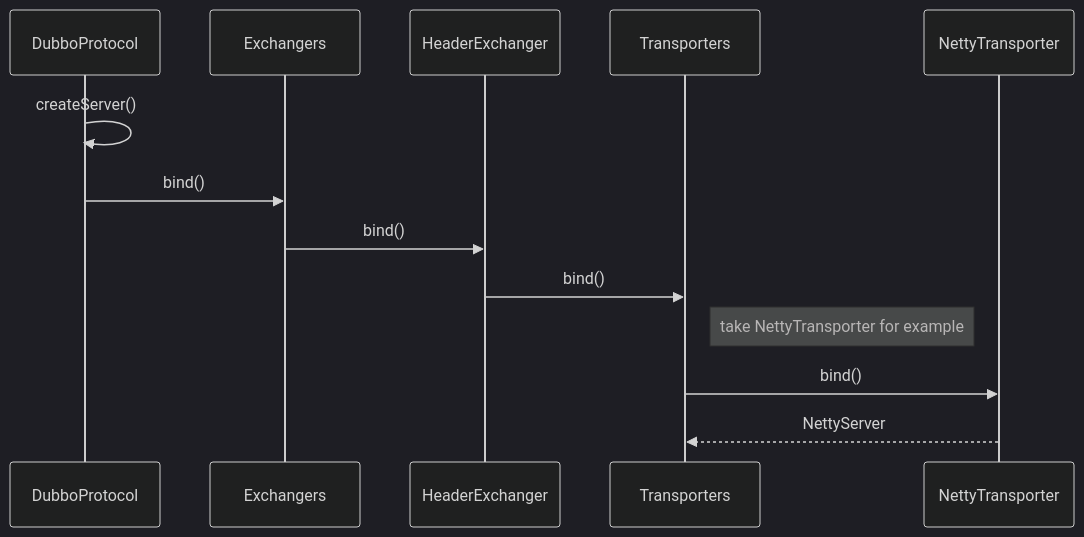
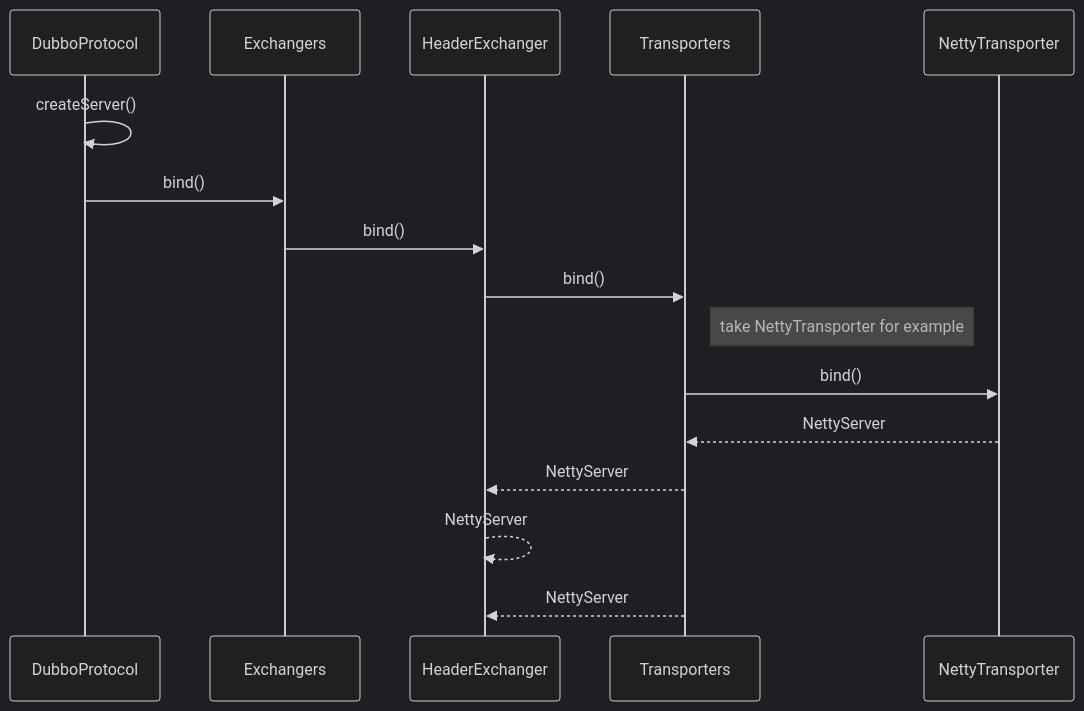
The second of 2 diagrams in dubbo/dubbo.md (zhudongdong/docs), drawn with Mermaid (dark theme) before and after one commit. The commit also changed other lines of this file, not shown here.

````diff
--- a/dubbo/dubbo.md
+++ b/dubbo/dubbo.md
@@ -157,10 +157,13 @@
 ```mermaid
 sequenceDiagram
 DubboProtocol ->> DubboProtocol: createServer()
 DubboProtocol ->> Exchangers:bind()
 Exchangers ->> HeaderExchanger:bind()
 HeaderExchanger ->> Transporters:bind()
 Note right of Transporters:take NettyTransporter for example
 Transporters ->> NettyTransporter:bind()
 NettyTransporter -->> Transporters:NettyServer
+Transporters -->> HeaderExchanger:NettyServer
+HeaderExchanger -->> HeaderExchanger:NettyServer
+Transporters -->> HeaderExchanger:NettyServer
 ```
````
